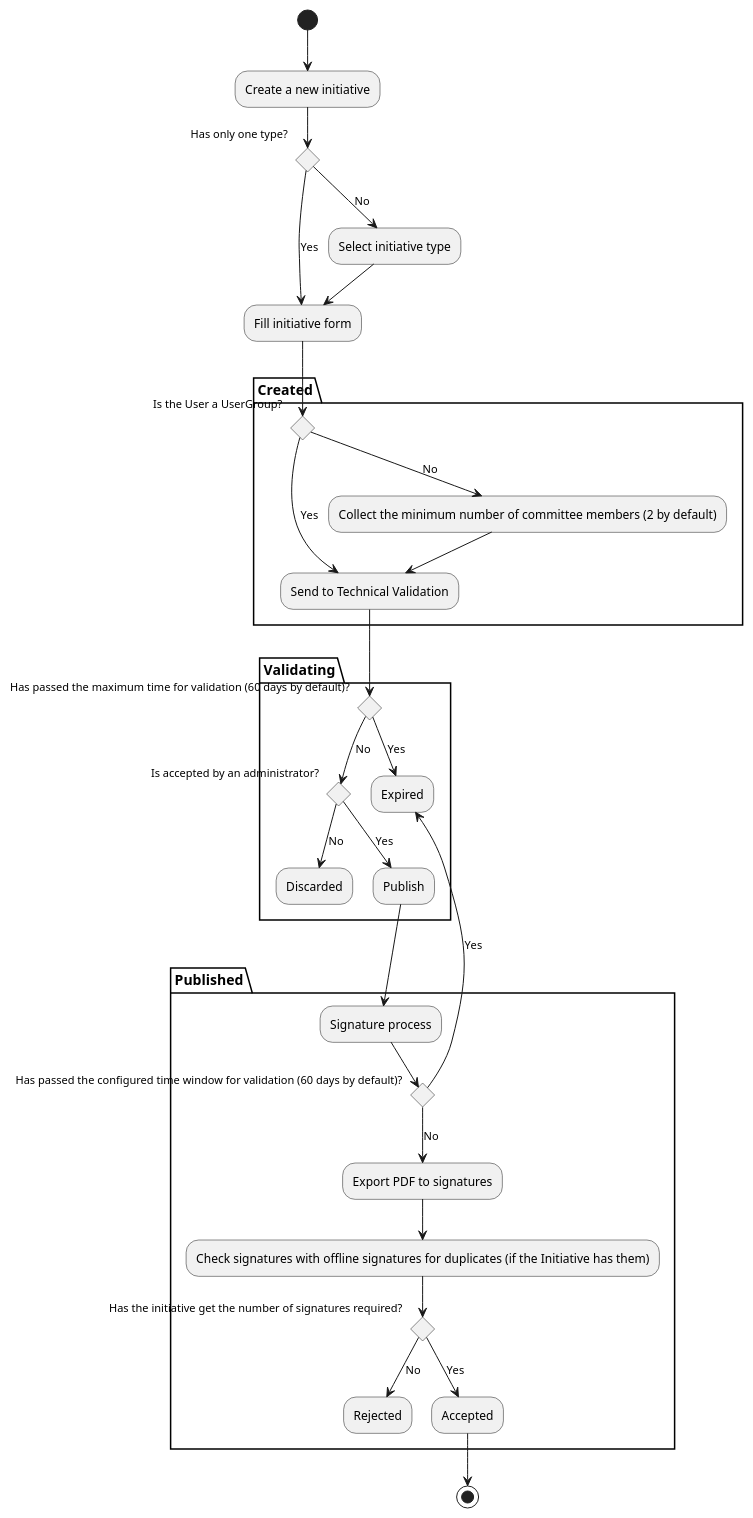
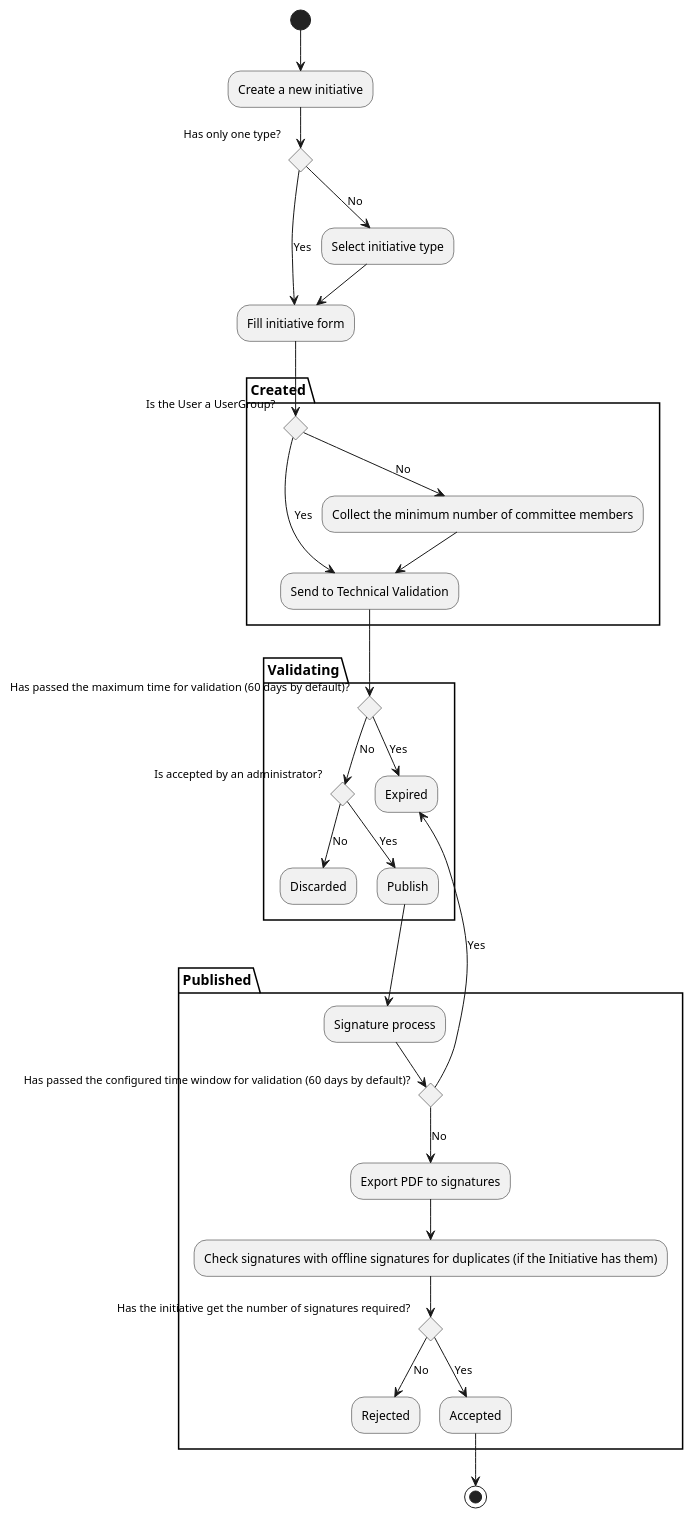
Before and after one commit to paulinebessoles/documentation: the second of 2 diagrams in docs/en/modules/admin/pages/spaces/initiatives/manage.adoc, drawn with PlantUML. The commit also changed other lines of this file and 12 other files, not shown here.

```diff
--- a/docs/en/modules/admin/pages/spaces/initiatives/manage.adoc
+++ b/docs/en/modules/admin/pages/spaces/initiatives/manage.adoc
@@ -70,46 +43,46 @@
 [plantuml]
 ....
 @startuml
 (*) --> "Create a new initiative"
 if "Has only one type?" then
 --> [Yes] "Fill initiative form"
 else
 --> [No] "Select initiative type"
 --> "Fill initiative form"
 Endif
 partition Created {
   if "Is the User a UserGroup?" then
   --> [Yes] "Send to Technical Validation"
   else
-  --> [No] Collect the minimum number of committee members (2 by default)
+  --> [No] Collect the minimum number of committee members
   --> "Send to Technical Validation"
   Endif
 }
 partition Validating {
   if "Has passed the maximum time for validation (60 days by default)?" then
     --> [Yes] "Expired"
   else
     --> [No] if "Is accepted by an administrator?" then
       --> [No] "Discarded"
       else
       --> [Yes] "Publish"
       endIf
   endIf
 }
 partition Published {
   --> "Signature process"
   if "Has passed the configured time window for validation (60 days by default)?"
     --> [Yes] "Expired"
   else
     --> [No] Export PDF to signatures
     --> Check signatures with offline signatures for duplicates (if the Initiative has them)
     --> if "Has the initiative get the number of signatures required?" then
       --> [No] Rejected
     else
       --> [Yes] Accepted
     endIf
   endIf
 }
 --> (*)
 @enduml
 ....
```
